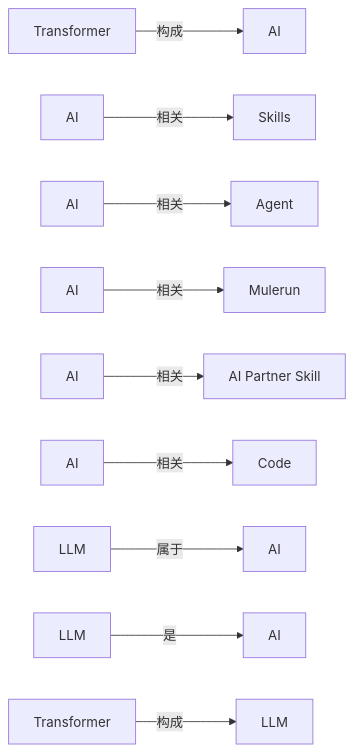
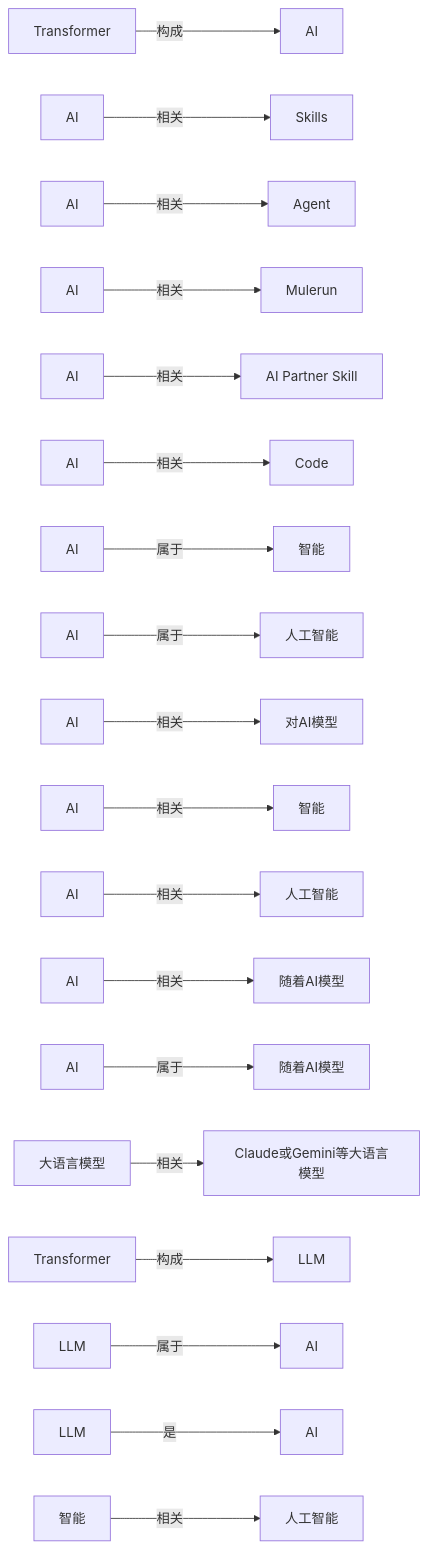
The second of 2 diagrams in LLM Wiki/wiki/domains/ai.md (mwbel/ResearchManjushri), drawn with Mermaid before and after one commit. The commit also changed other lines of this file and 25 other files, not shown here.

````diff
--- a/LLM Wiki/wiki/domains/ai.md
+++ b/LLM Wiki/wiki/domains/ai.md
@@ -47,12 +54,21 @@
 ```mermaid
 flowchart LR
     C1A["Transformer"] -- "构成" --> C1B["AI"]
     C2A["AI"] -- "相关" --> C2B["Skills"]
     C3A["AI"] -- "相关" --> C3B["Agent"]
     C4A["AI"] -- "相关" --> C4B["Mulerun"]
     C5A["AI"] -- "相关" --> C5B["AI Partner Skill"]
     C6A["AI"] -- "相关" --> C6B["Code"]
-    C7A["LLM"] -- "属于" --> C7B["AI"]
-    C8A["LLM"] -- "是" --> C8B["AI"]
-    C9A["Transformer"] -- "构成" --> C9B["LLM"]
+    C7A["AI"] -- "属于" --> C7B["智能"]
+    C8A["AI"] -- "属于" --> C8B["人工智能"]
+    C9A["AI"] -- "相关" --> C9B["对AI模型"]
+    C10A["AI"] -- "相关" --> C10B["智能"]
+    C11A["AI"] -- "相关" --> C11B["人工智能"]
+    C12A["AI"] -- "相关" --> C12B["随着AI模型"]
+    C13A["AI"] -- "属于" --> C13B["随着AI模型"]
+    C14A["大语言模型"] -- "相关" --> C14B["Claude或Gemini等大语言模型"]
+    C15A["Transformer"] -- "构成" --> C15B["LLM"]
+    C16A["LLM"] -- "属于" --> C16B["AI"]
+    C17A["LLM"] -- "是" --> C17B["AI"]
+    C18A["智能"] -- "相关" --> C18B["人工智能"]
 ```
````
